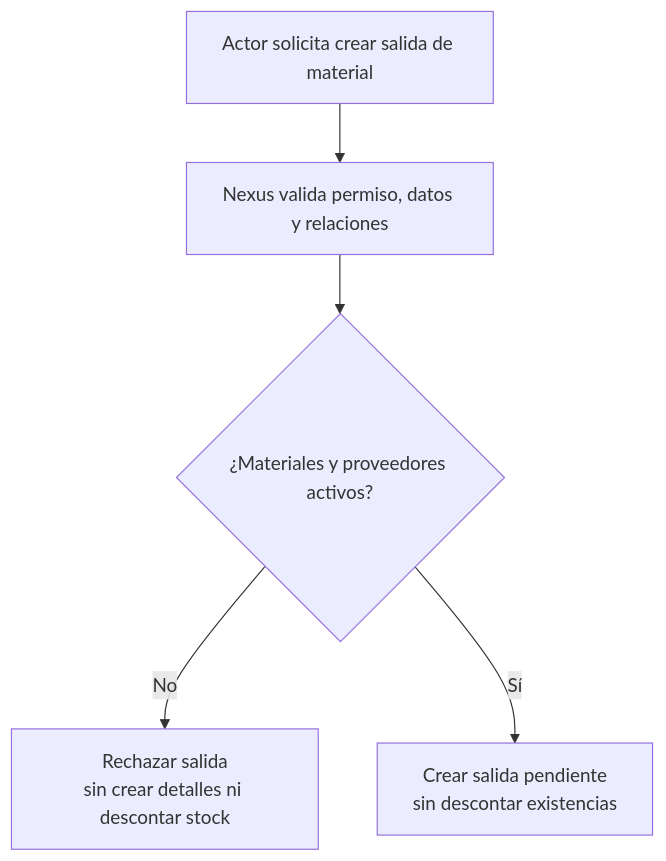
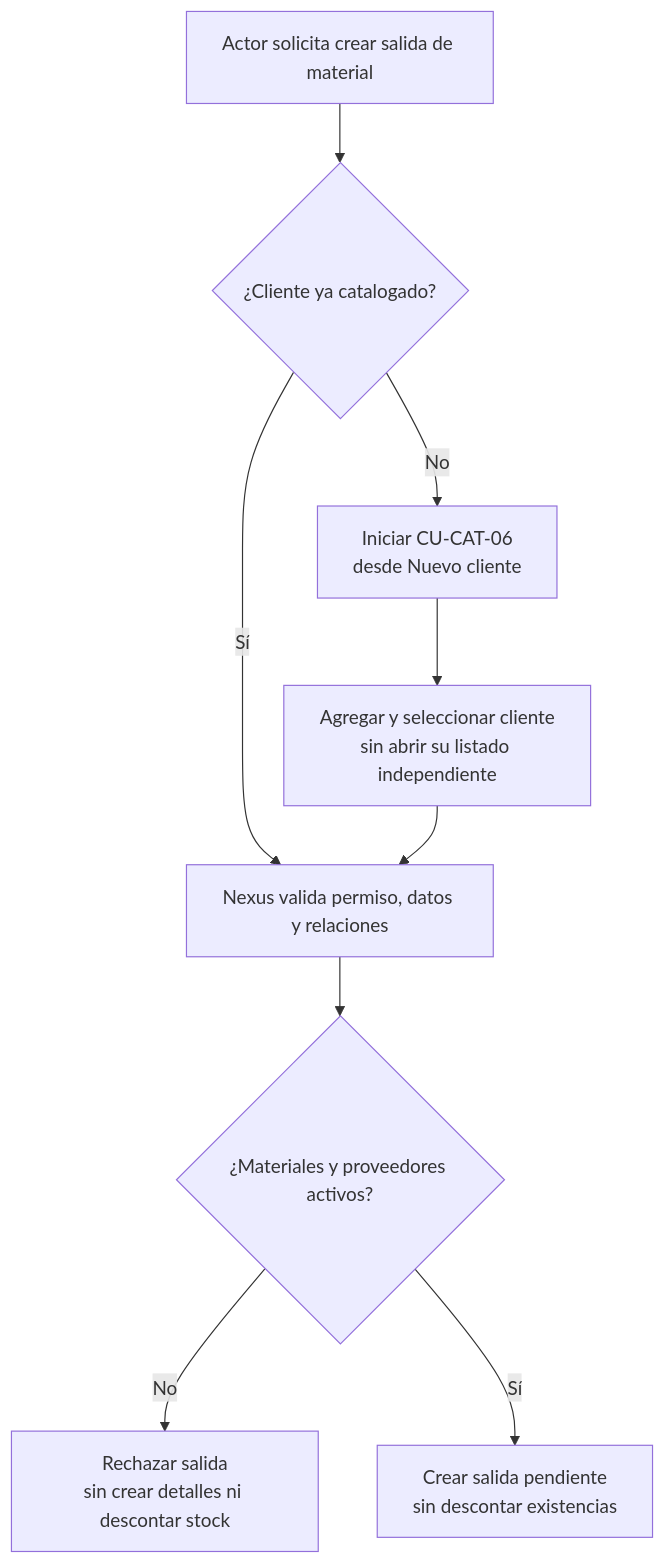
Before and after one commit to gpgsistemas01/nexus: the diagram in docs/requirements/diagrams/issues/cu-sal-02.md, drawn with Mermaid. The commit also changed 38 other files, not shown here.

Commit message:
docs(diagrams): concretar mensajes de secuencia

````diff
--- a/docs/requirements/diagrams/issues/cu-sal-02.md
+++ b/docs/requirements/diagrams/issues/cu-sal-02.md
@@ -3,8 +3,12 @@
 ```mermaid
 flowchart TD
     accTitle: CU-SAL-02 — Crear salida de material
-    request["Actor solicita crear salida de material"] --> validate["Nexus valida permiso, datos y relaciones"]
+    request["Actor solicita crear salida de material"] --> client{"¿Cliente ya catalogado?"}
+    client -->|No| createClient["Iniciar CU-CAT-06<br/>desde Nuevo cliente"]
+    createClient --> selectClient["Agregar y seleccionar cliente<br/>sin abrir su listado independiente"]
+    client -->|Sí| validate["Nexus valida permiso, datos y relaciones"]
+    selectClient --> validate
     validate --> active{"¿Materiales y proveedores activos?"}
     active -->|No| reject["Rechazar salida<br/>sin crear detalles ni descontar stock"]
     active -->|Sí| result["Crear salida pendiente<br/>sin descontar existencias"]
 ```
````
